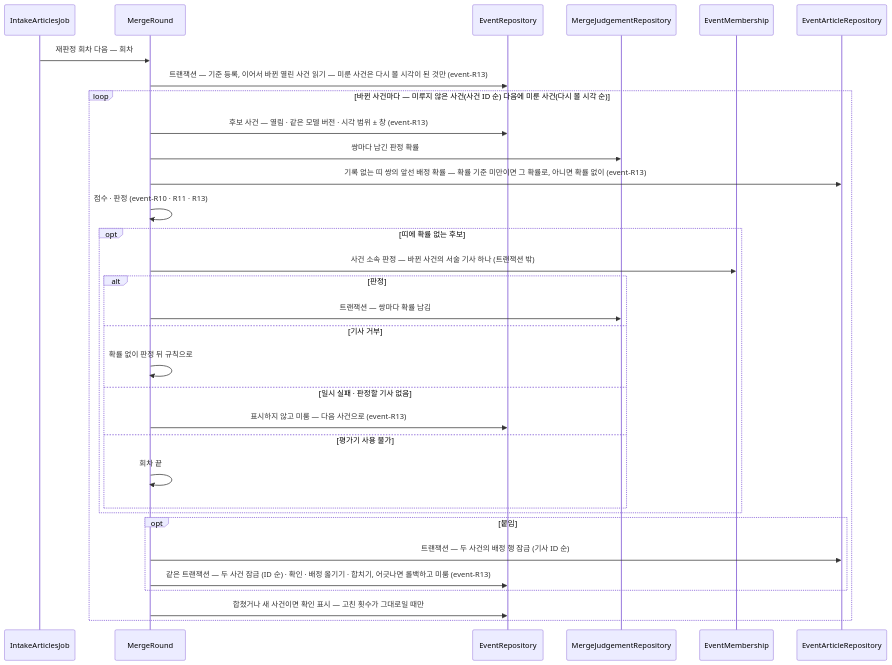
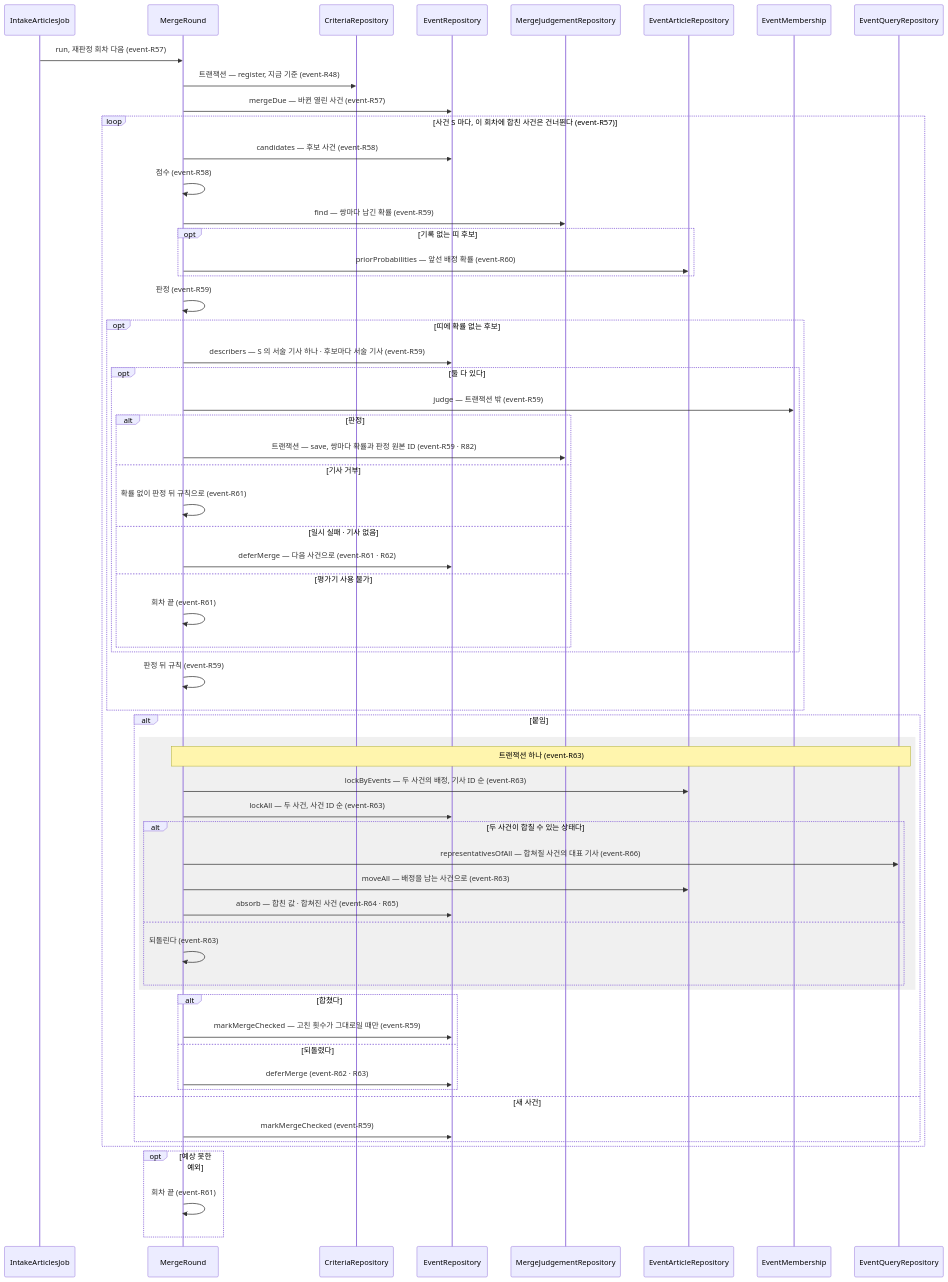
Before and after one commit to Theia0382/yozm-news: the fourth of 6 diagrams in docs/specs/event.md, drawn with Mermaid. The commit also changed other lines of this file, not shown here.

First line of the commit message:
docs: event Spec 다시 쓰기 — 규칙 쪼개기 · 시퀀스 그림

````diff
--- a/docs/specs/event.md
+++ b/docs/specs/event.md
@@ -410,35 +535,64 @@
 ```mermaid
 sequenceDiagram
     participant J as IntakeArticlesJob
     participant R as MergeRound
+    participant C as CriteriaRepository
     participant V as EventRepository
     participant G as MergeJudgementRepository
+    participant B as EventArticleRepository
     participant M as EventMembership
-    participant B as EventArticleRepository
+    participant Y as EventQueryRepository
 
-    J->>R: 재판정 회차 다음 — 회차
-    R->>V: 트랜잭션 — 기준 등록, 이어서 바뀐 열린 사건 읽기 — 미룬 사건은 다시 볼 시각이 된 것만 (event-R13)
-    loop 바뀐 사건마다 — 미루지 않은 사건(사건 ID 순) 다음에 미룬 사건(다시 볼 시각 순)
-        R->>V: 후보 사건 — 열림 · 같은 모델 버전 · 시각 범위 ± 창 (event-R13)
-        R->>G: 쌍마다 남긴 판정 확률
-        R->>B: 기록 없는 띠 쌍의 앞선 배정 확률 — 확률 기준 미만이면 그 확률로, 아니면 확률 없이 (event-R13)
-        R->>R: 점수 · 판정 (event-R10 · R11 · R13)
+    J->>R: run, 재판정 회차 다음 (event-R57)
+    R->>C: 트랜잭션 — register, 지금 기준 (event-R48)
+    R->>V: mergeDue — 바뀐 열린 사건 (event-R57)
+    loop 사건 S 마다, 이 회차에 합친 사건은 건너뛴다 (event-R57)
+        R->>V: candidates — 후보 사건 (event-R58)
+        R->>R: 점수 (event-R58)
+        R->>G: find — 쌍마다 남긴 확률 (event-R59)
+        opt 기록 없는 띠 후보
+            R->>B: priorProbabilities — 앞선 배정 확률 (event-R60)
+        end
+        R->>R: 판정 (event-R59)
         opt 띠에 확률 없는 후보
-            R->>M: 사건 소속 판정 — 바뀐 사건의 서술 기사 하나 (트랜잭션 밖)
-            alt 판정
-                R->>G: 트랜잭션 — 쌍마다 확률 남김
-            else 기사 거부
-                R->>R: 확률 없이 판정 뒤 규칙으로
-            else 일시 실패 · 판정할 기사 없음
-                R->>V: 표시하지 않고 미룸 — 다음 사건으로 (event-R13)
-            else 평가기 사용 불가
-                R->>R: 회차 끝
+            R->>V: describers — S 의 서술 기사 하나 · 후보마다 서술 기사 (event-R59)
+            opt 둘 다 있다
+                R->>M: judge — 트랜잭션 밖 (event-R59)
+                alt 판정
+                    R->>G: 트랜잭션 — save, 쌍마다 확률과 판정 원본 ID (event-R59 · R82)
+                else 기사 거부
+                    R->>R: 확률 없이 판정 뒤 규칙으로 (event-R61)
+                else 일시 실패 · 기사 없음
+                    R->>V: deferMerge — 다음 사건으로 (event-R61 · R62)
+                else 평가기 사용 불가
+                    R->>R: 회차 끝 (event-R61)
+                end
             end
+            R->>R: 판정 뒤 규칙 (event-R59)
         end
-        opt 붙임
-            R->>B: 트랜잭션 — 두 사건의 배정 행 잠금 (기사 ID 순)
-            R->>V: 같은 트랜잭션 — 두 사건 잠금 (ID 순) · 확인 · 배정 옮기기 · 합치기, 어긋나면 롤백하고 미룸 (event-R13)
+        alt 붙임
+            rect rgba(128, 128, 128, 0.12)
+            Note over R,Y: 트랜잭션 하나 (event-R63)
+            R->>B: lockByEvents — 두 사건의 배정, 기사 ID 순 (event-R63)
+            R->>V: lockAll — 두 사건, 사건 ID 순 (event-R63)
+            alt 두 사건이 합칠 수 있는 상태다
+                R->>Y: representativesOfAll — 합쳐질 사건의 대표 기사 (event-R66)
+                R->>B: moveAll — 배정을 남는 사건으로 (event-R63)
+                R->>V: absorb — 합친 값 · 합쳐진 사건 (event-R64 · R65)
+            else
+                R->>R: 되돌린다 (event-R63)
+            end
+            end
+            alt 합쳤다
+                R->>V: markMergeChecked — 고친 횟수가 그대로일 때만 (event-R59)
+            else 되돌렸다
+                R->>V: deferMerge (event-R62 · R63)
+            end
+        else 새 사건
+            R->>V: markMergeChecked (event-R59)
         end
-        R->>V: 합쳤거나 새 사건이면 확인 표시 — 고친 횟수가 그대로일 때만
+    end
+    opt 예상 못한 예외
+        R->>R: 회차 끝 (event-R61)
     end
 ```
````
